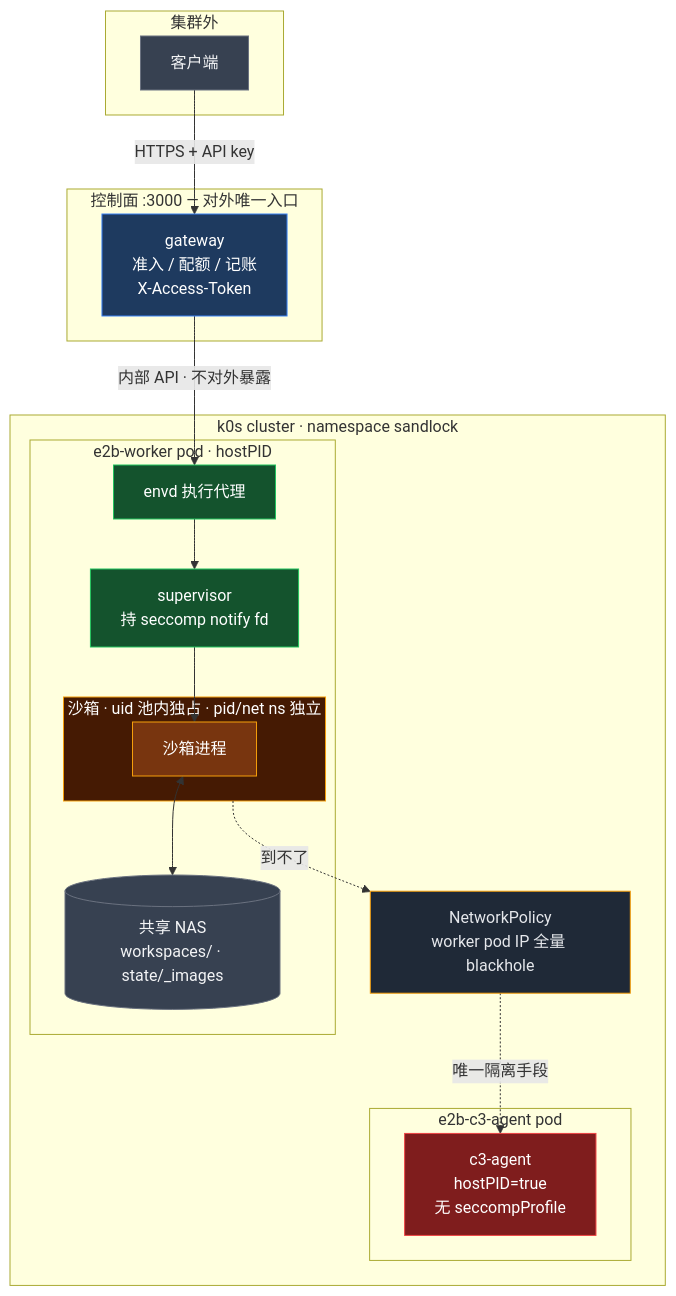
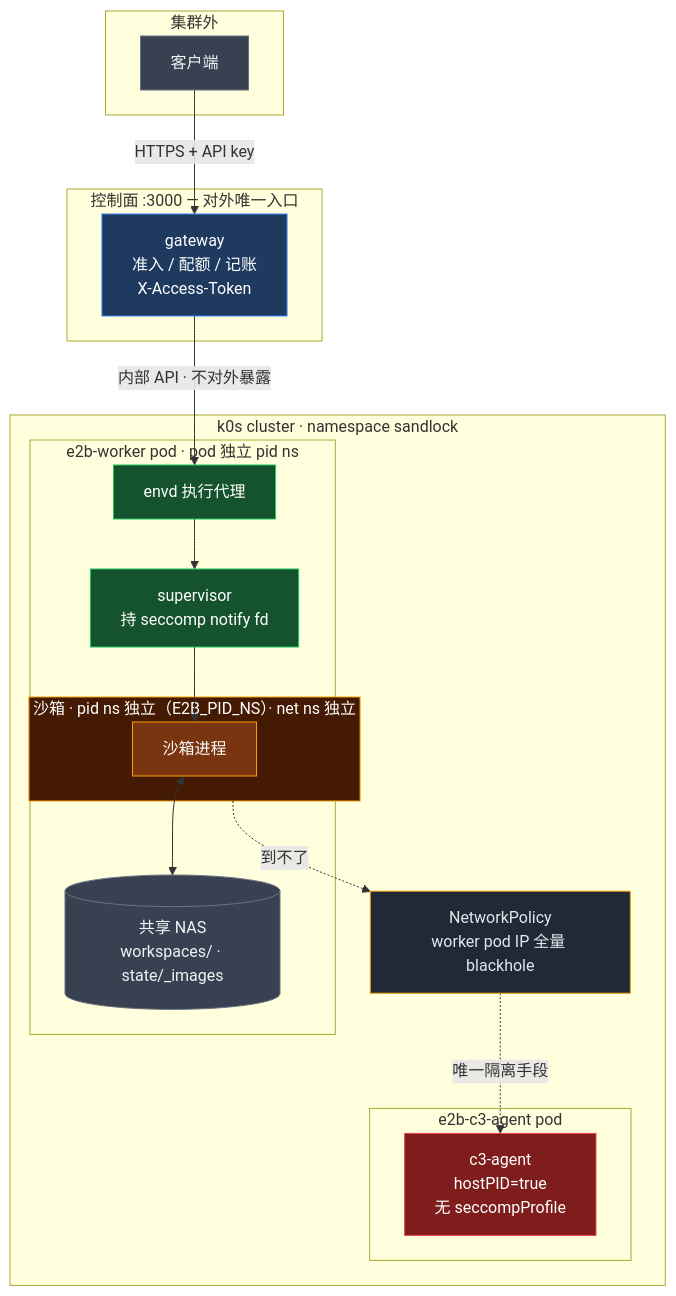
The second of 2 diagrams in docs/security-audit/security-framework.md (imhun/sandlock-e2b), drawn with Mermaid before and after one commit. The commit also changed other lines of this file and 1 other file, not shown here.

First line of the commit message:
docs(security-audit): 更正 hostPID —— worker 不是，c3-agent 才是

````diff
--- a/docs/security-audit/security-framework.md
+++ b/docs/security-audit/security-framework.md
@@ -52,45 +52,45 @@
 ```mermaid
 flowchart TB
     C["客户端"]:::ext
 
     subgraph OUT["集群外"]
         C
     end
 
     subgraph CP["控制面 :3000 — 对外唯一入口"]
         GW["gateway<br/>准入 / 配额 / 记账<br/>X-Access-Token"]:::cp
     end
 
     subgraph CLUSTER["k0s cluster · namespace sandlock"]
-        subgraph WPOD["e2b-worker pod · hostPID"]
+        subgraph WPOD["e2b-worker pod · pod 独立 pid ns"]
             ENVD["envd 执行代理"]:::worker
             SUP["supervisor<br/>持 seccomp notify fd"]:::worker
-            subgraph SB["沙箱 · uid 池内独占 · pid/net ns 独立"]
+            subgraph SB["沙箱 · pid ns 独立（E2B_PID_NS）· net ns 独立"]
                 P["沙箱进程"]:::sandbox
             end
             NAS[("共享 NAS<br/>workspaces/ · state/_images")]:::store
             ENVD --> SUP --> P
             P <--> NAS
         end
 
         subgraph APOD["e2b-c3-agent pod"]
             AG["c3-agent<br/>hostPID=true<br/>无 seccompProfile"]:::agent
         end
 
         NP["NetworkPolicy<br/>worker pod IP 全量 blackhole"]:::policy
     end
 
     C -->|"HTTPS + API key"| GW
     GW -->|"内部 API · 不对外暴露"| ENVD
     NP -.->|"唯一隔离手段"| AG
     SB -.->|"到不了"| NP
 
     classDef ext fill:#374151,stroke:#6b7280,color:#f3f4f6
     classDef cp fill:#1e3a5f,stroke:#3b82f6,color:#fff
     classDef worker fill:#14532d,stroke:#22c55e,color:#fff
     classDef sandbox fill:#78350f,stroke:#f59e0b,color:#fff
     classDef store fill:#374151,stroke:#6b7280,color:#f3f4f6
     classDef agent fill:#7f1d1d,stroke:#ef4444,color:#fff
     classDef policy fill:#1f2937,stroke:#f59e0b,color:#e5e7eb
     style SB fill:#451a03,stroke:#f59e0b,color:#fff
 ```
````
